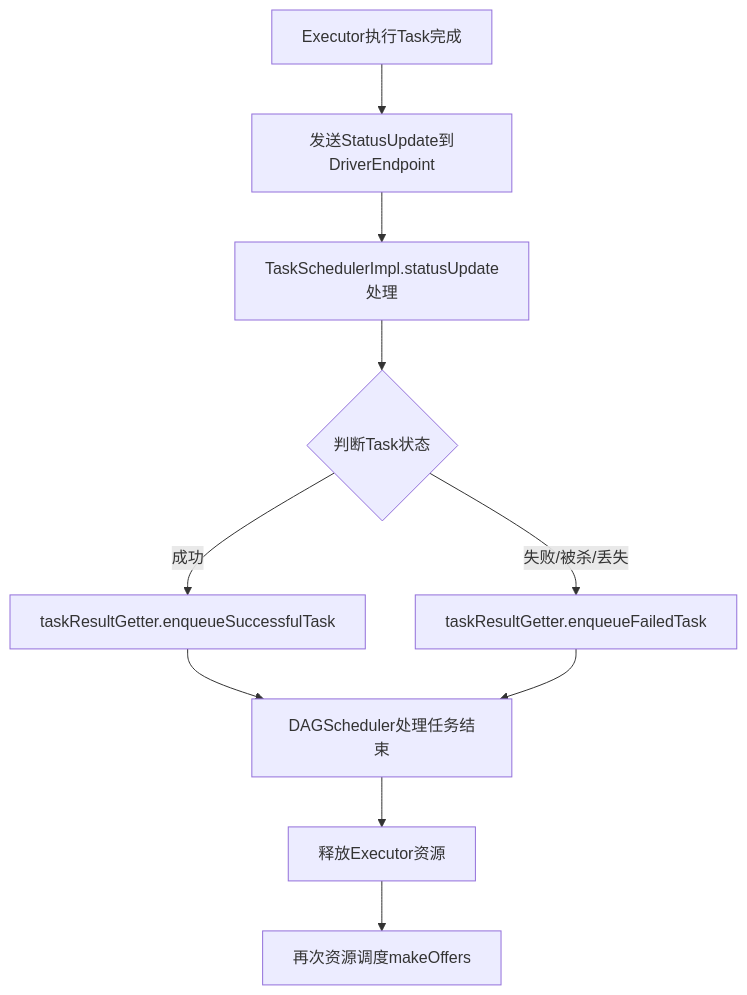
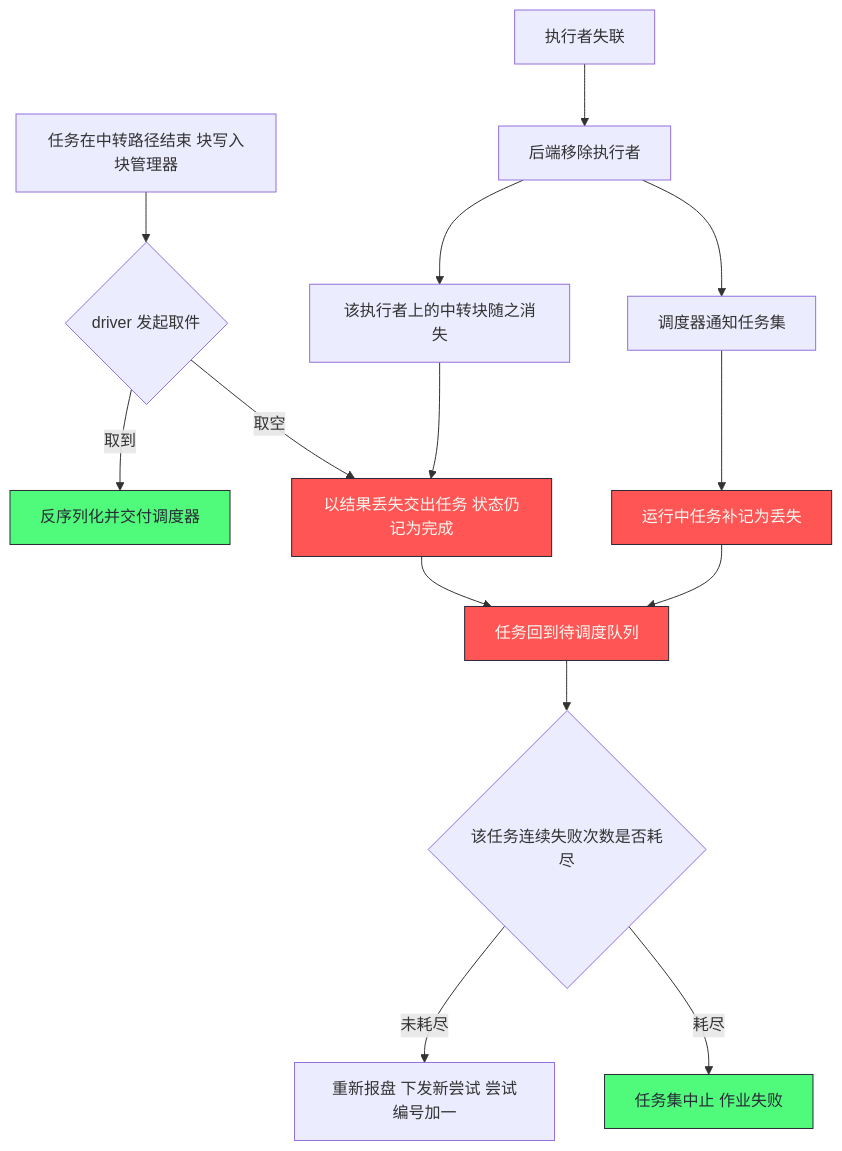
Before and after one commit to hpliStartAgain/my-brain: the fourth of 4 diagrams in content/大数据/Spark/读书笔记-spark内核/02_系统架构与运行机制/7. Spark_Executor启动与结果传递.md, drawn with Mermaid. The commit also changed other lines of this file and 259 other files, not shown here.

````diff
--- a/content/大数据/Spark/读书笔记-spark内核/02_系统架构与运行机制/7. Spark_Executor启动与结果传递.md
+++ b/content/大数据/Spark/读书笔记-spark内核/02_系统架构与运行机制/7. Spark_Executor启动与结果传递.md
@@ -279,12 +687,22 @@
 ```mermaid
+%%{init: {'theme': 'dracula'}}%%
 flowchart TD
-    A["Executor执行Task完成"] --> B["发送StatusUpdate到DriverEndpoint"]
-    B --> C["TaskSchedulerImpl.statusUpdate处理"]
-    C --> D{"判断Task状态"}
-    D -->|"成功"| E["taskResultGetter.enqueueSuccessfulTask"]
-    D -->|"失败/被杀/丢失"| F["taskResultGetter.enqueueFailedTask"]
-    E --> G["DAGScheduler处理任务结束"]
-    F --> G
-    G --> H["释放Executor资源"]
-    H --> I["再次资源调度makeOffers"]
+    A["任务在中转路径结束 块写入块管理器"] --> B{"driver 发起取件"}
+    B -->|"取到"| C["反序列化并交付调度器"]
+    B -->|"取空"| D["以结果丢失交出任务 状态仍记为完成"]
+    E["执行者失联"] --> F["后端移除执行者"]
+    F --> G["调度器通知任务集"]
+    G --> H["运行中任务补记为丢失"]
+    F --> I["该执行者上的中转块随之消失"]
+    I --> D
+    D --> J["任务回到待调度队列"]
+    H --> J
+    J --> K{"该任务连续失败次数是否耗尽"}
+    K -->|"未耗尽"| L["重新报盘 下发新尝试 尝试编号加一"]
+    K -->|"耗尽"| M["任务集中止 作业失败"]
+
+    classDef lost fill:#ff5555,stroke:#282a36,color:#f8f8f2
+    classDef ok fill:#50fa7b,stroke:#282a36,color:#282a36
+    class D,H,J lost
+    class C,M ok
 ```
````
